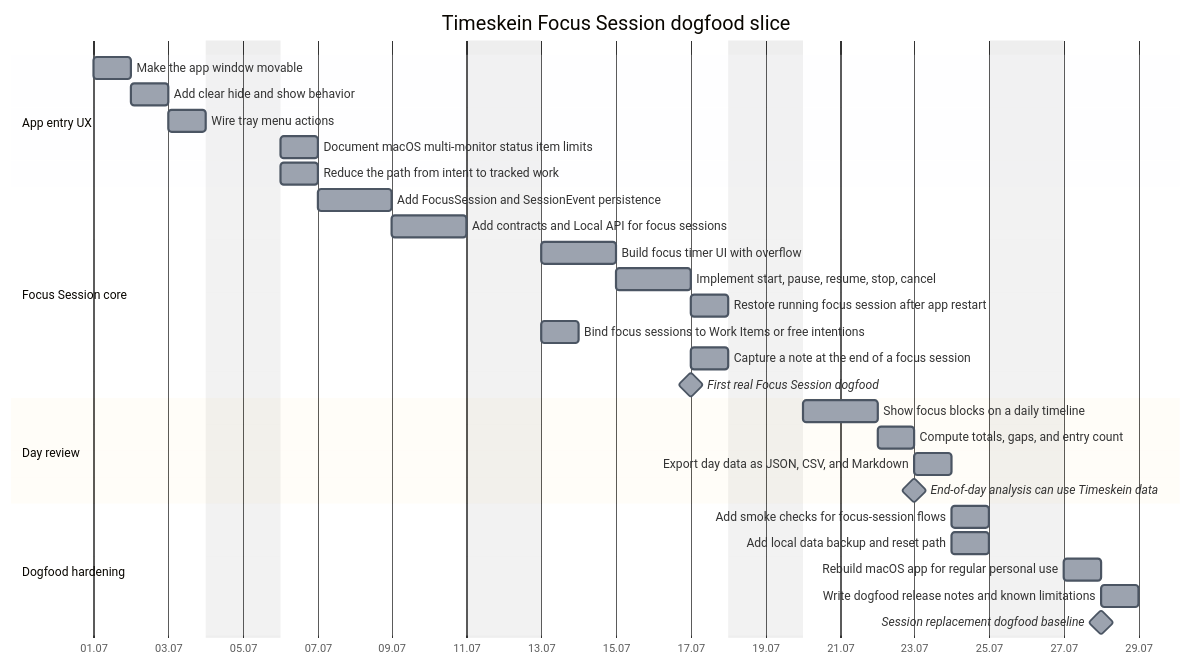
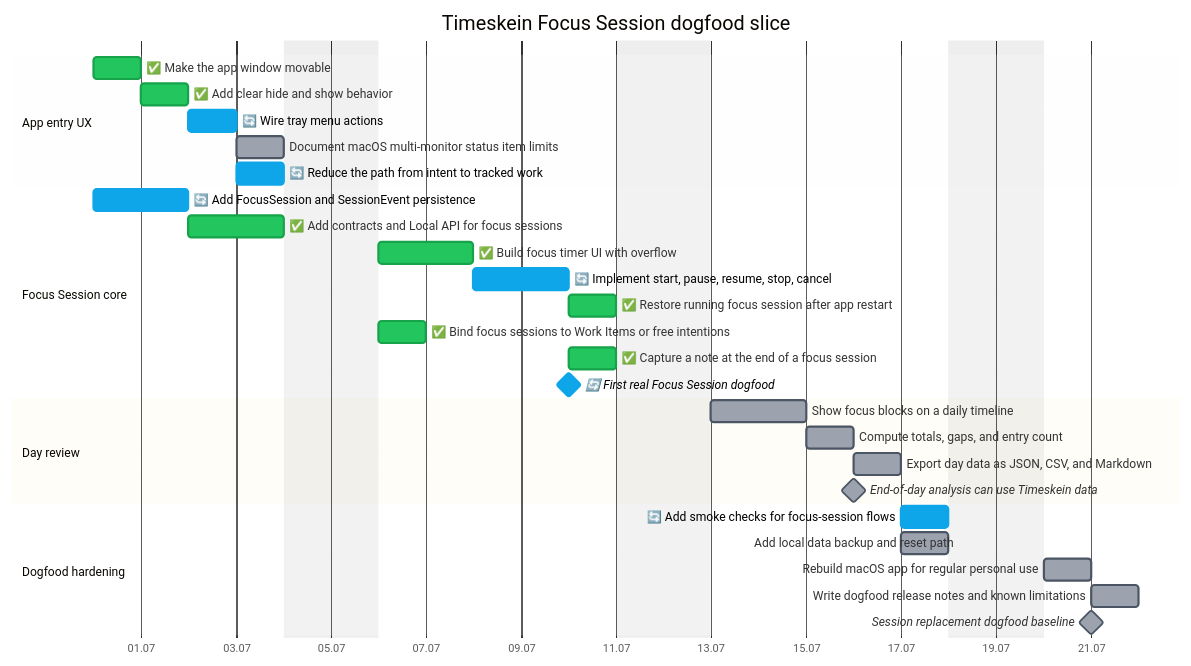
One commit to asukhodko/timeskein changed the second of 2 diagrams in docs/roadmap/opskarta.md. Above: the diagram before and after it, drawn with Mermaid. The commit also changed other lines of this file and 43 other files, not shown here.

Commit message:
Recover Timeskein focus session baseline

````diff
--- a/docs/roadmap/opskarta.md
+++ b/docs/roadmap/opskarta.md
@@ -60,36 +60,36 @@
 ```mermaid
 %%{init: {"theme": "base", "themeVariables": {"taskBkgColor": "#9ca3af", "taskBorderColor": "#4b5563", "taskTextColor": "#000000", "taskTextDarkColor": "#000000", "taskTextLightColor": "#000000", "activeTaskBkgColor": "#0ea5e9", "activeTaskBorderColor": "#0ea5e9", "doneTaskBkgColor": "#22c55e", "doneTaskBorderColor": "#16a34a", "critBkgColor": "#fecaca", "critBorderColor": "#fecaca", "todayLineColor": "#ef4444"}} }%%
 
 gantt
     title Timeskein Focus Session dogfood slice
     dateFormat YYYY-MM-DD
     axisFormat %d.%m
     excludes weekends
 
     section App entry UX
-    Make the app window movable  :ts_ux_entry_window_drag,    2026-07-01, 1d
-    Add clear hide and show behavior  :ts_ux_entry_hide_toggle,    2026-07-02, 1d
-    Wire tray menu actions  :ts_ux_entry_tray_actions,    2026-07-03, 1d
-    Document macOS multi-monitor status item limits  :ts_ux_entry_monitor_policy,    2026-07-06, 1d
-    Reduce the path from intent to tracked work  :ts_ux_entry_fast_track_flow,    2026-07-06, 1d
+    ✅ Make the app window movable  :done, ts_ux_entry_window_drag,    2026-06-30, 1d
+    ✅ Add clear hide and show behavior  :done, ts_ux_entry_hide_toggle,    2026-07-01, 1d
+    🔄 Wire tray menu actions  :active, ts_ux_entry_tray_actions,    2026-07-02, 1d
+    Document macOS multi-monitor status item limits  :ts_ux_entry_monitor_policy,    2026-07-03, 1d
+    🔄 Reduce the path from intent to tracked work  :active, ts_ux_entry_fast_track_flow,    2026-07-03, 1d
     section Focus Session core
-    Add FocusSession and SessionEvent persistence  :ts_focus_core_model_migrations,    2026-07-07, 2d
-    Add contracts and Local API for focus sessions  :ts_focus_core_contracts_api,    2026-07-09, 2d
-    Build focus timer UI with overflow  :ts_focus_core_timer_ui,    2026-07-13, 2d
-    Implement start, pause, resume, stop, cancel  :ts_focus_core_session_lifecycle,    2026-07-15, 2d
-    Restore running focus session after app restart  :ts_focus_core_restart_restore,    2026-07-17, 1d
-    Bind focus sessions to Work Items or free intentions  :ts_focus_core_work_item_binding,    2026-07-13, 1d
-    Capture a note at the end of a focus session  :ts_focus_core_session_notes,    2026-07-17, 1d
-    First real Focus Session dogfood  :milestone, ts_focus_core_dogfood_gate,    2026-07-17, 0d
+    🔄 Add FocusSession and SessionEvent persistence  :active, ts_focus_core_model_migrations,    2026-06-30, 2d
+    ✅ Add contracts and Local API for focus sessions  :done, ts_focus_core_contracts_api,    2026-07-02, 2d
+    ✅ Build focus timer UI with overflow  :done, ts_focus_core_timer_ui,    2026-07-06, 2d
+    🔄 Implement start, pause, resume, stop, cancel  :active, ts_focus_core_session_lifecycle,    2026-07-08, 2d
+    ✅ Restore running focus session after app restart  :done, ts_focus_core_restart_restore,    2026-07-10, 1d
+    ✅ Bind focus sessions to Work Items or free intentions  :done, ts_focus_core_work_item_binding,    2026-07-06, 1d
+    ✅ Capture a note at the end of a focus session  :done, ts_focus_core_session_notes,    2026-07-10, 1d
+    🔄 First real Focus Session dogfood  :milestone, active, ts_focus_core_dogfood_gate,    2026-07-10, 0d
     section Day review
-    Show focus blocks on a daily timeline  :ts_day_review_timeline,    2026-07-20, 2d
-    Compute totals, gaps, and entry count  :ts_day_review_totals_gaps,    2026-07-22, 1d
-    Export day data as JSON, CSV, and Markdown  :ts_day_review_export,    2026-07-23, 1d
-    End-of-day analysis can use Timeskein data  :milestone, ts_day_review_analysis_gate,    2026-07-23, 0d
+    Show focus blocks on a daily timeline  :ts_day_review_timeline,    2026-07-13, 2d
+    Compute totals, gaps, and entry count  :ts_day_review_totals_gaps,    2026-07-15, 1d
+    Export day data as JSON, CSV, and Markdown  :ts_day_review_export,    2026-07-16, 1d
+    End-of-day analysis can use Timeskein data  :milestone, ts_day_review_analysis_gate,    2026-07-16, 0d
     section Dogfood hardening
-    Add smoke checks for focus-session flows  :ts_hardening_smoke,    2026-07-24, 1d
-    Add local data backup and reset path  :ts_hardening_backup_reset,    2026-07-24, 1d
-    Rebuild macOS app for regular personal use  :ts_hardening_package_app,    2026-07-27, 1d
-    Write dogfood release notes and known limitations  :ts_hardening_release_notes,    2026-07-28, 1d
-    Session replacement dogfood baseline  :milestone, ts_hardening_dogfood_release,    2026-07-28, 0d
+    🔄 Add smoke checks for focus-session flows  :active, ts_hardening_smoke,    2026-07-17, 1d
+    Add local data backup and reset path  :ts_hardening_backup_reset,    2026-07-17, 1d
+    Rebuild macOS app for regular personal use  :ts_hardening_package_app,    2026-07-20, 1d
+    Write dogfood release notes and known limitations  :ts_hardening_release_notes,    2026-07-21, 1d
+    Session replacement dogfood baseline  :milestone, ts_hardening_dogfood_release,    2026-07-21, 0d
 ```
````
